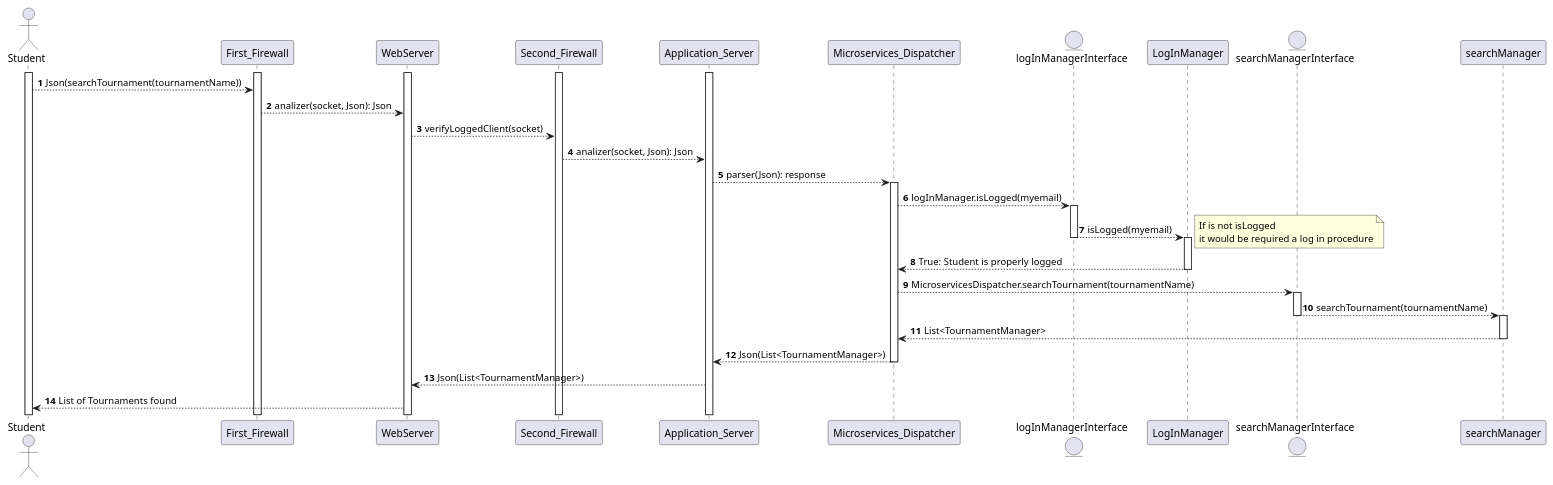
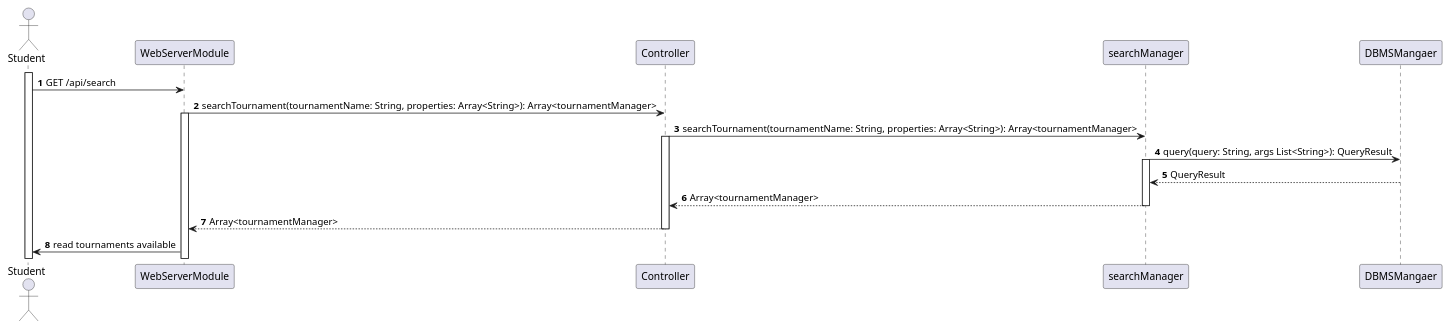
Before and after one commit to Angelo7672/SE2_Requirement-and-Design-Document: the diagram in _DD/Images/sequenceDiagrams/studentSearchesForTournament.wsd, drawn with PlantUML. The commit also changed 13 other files, not shown here.

Commit message:
last 6 SD correction (DD document order), architecturalDesign, iitPlanning, userInterfaceDesign corrections

```diff
--- a/_DD/Images/sequenceDiagrams/studentSearchesForTournament.wsd
+++ b/_DD/Images/sequenceDiagrams/studentSearchesForTournament.wsd
@@ -1,48 +1,28 @@
 @startuml
 
 autonumber
 actor Student as U
-participant First_Firewall as FF
-participant WebServer as WS
-participant Second_Firewall as SF
-participant Application_Server as AS
-participant Microservices_Dispatcher as MD
-entity logInManagerInterface as LMI
-participant LogInManager as LM
-entity searchManagerInterface as SMI
 participant searchManager as SM
+participant WebServerModule as WS
+participant Controller as C
+participant searchMangaer as SM
+participant DBMSMangaer as DBMS
 
 activate U
-activate FF
-activate WS
-activate SF
-activate AS
-U --> FF: Json(searchTournament(tournamentName))
-FF-->WS: analizer(socket, Json): Json
-WS-->SF: verifyLoggedClient(socket)
-SF-->AS: analizer(socket, Json): Json
-AS-->MD: parser(Json): response
-activate MD
-MD-->LMI: logInManager.isLogged(myemail)
-activate LMI
-LMI-->LM: isLogged(myemail)
-note right
-    If is not isLogged
-    it would be required a log in procedure
-end note
-deactivate LMI
-activate LM
-LM-->MD: True: Student is properly logged
-deactivate LM
-MD-->SMI: MicroservicesDispatcher.searchTournament(tournamentName)
-activate SMI
-SMI-->SM: searchTournament(tournamentName)
-deactivate SMI
+U->WS: GET /api/search
+WS->C: searchTournament(tournamentName: String, properties: Array<String>): Array<tournamentManager>
+activate WS 
+C->SM: searchTournament(tournamentName: String, properties: Array<String>): Array<tournamentManager>
+activate C
+SM->DBMS: query(query: String, args List<String>): QueryResult
 activate SM
-SM-->MD: List<TournamentManager>
+DBMS-->SM: QueryResult
+SM-->C: Array<tournamentManager>
 deactivate SM
-MD-->AS: Json(List<TournamentManager>)
-deactivate MD
-AS-->WS: Json(List<TournamentManager>)
-WS-->U: List of Tournaments found
+C-->WS: Array<tournamentManager>
+deactivate C
+WS->U: read tournaments available
+
+
+
 @enduml
```
